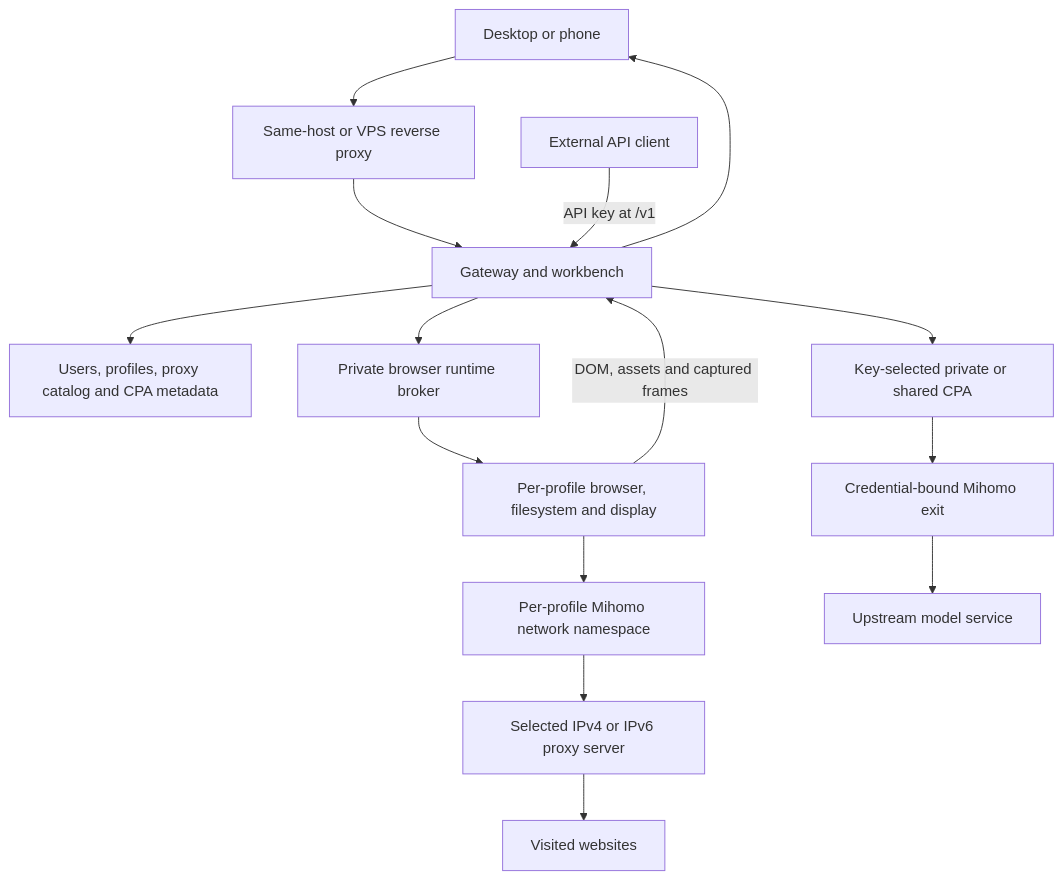
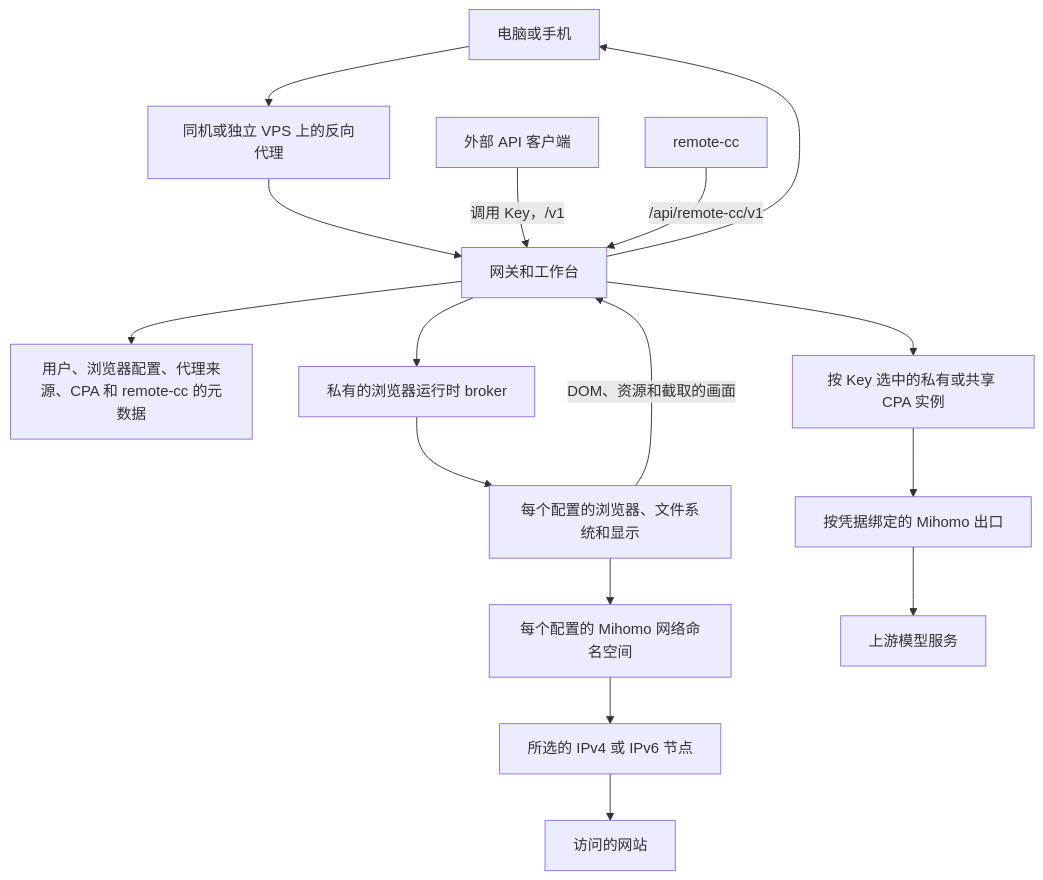
One commit to NotDesigned/remote-claude-browser changed the first of 2 diagrams in docs/architecture.md. Above: the diagram before and after it, drawn with Mermaid. The commit also changed other lines of this file and 27 other files, not shown here.

````diff
--- a/docs/architecture.md
+++ b/docs/architecture.md
@@ -9,17 +9,18 @@
 ```mermaid
 flowchart TB
-  Device[Desktop or phone] --> Entry[Same-host or VPS reverse proxy]
-  Entry --> Gateway[Gateway and workbench]
-  Gateway --> Store[Users, profiles, proxy catalog and CPA metadata]
-  Gateway --> Broker[Private browser runtime broker]
-  Broker --> Browser[Per-profile browser, filesystem and display]
-  Browser --> Exit[Per-profile Mihomo network namespace]
-  Exit --> Node[Selected IPv4 or IPv6 proxy server]
-  Node --> Site[Visited websites]
-  Browser -->|DOM, assets and captured frames| Gateway
+  Device[电脑或手机] --> Entry[同机或独立 VPS 上的反向代理]
+  Entry --> Gateway[网关和工作台]
+  Gateway --> Store[用户、浏览器配置、代理来源、CPA 和 remote-cc 的元数据]
+  Gateway --> Broker[私有的浏览器运行时 broker]
+  Broker --> Browser[每个配置的浏览器、文件系统和显示]
+  Browser --> Exit[每个配置的 Mihomo 网络命名空间]
+  Exit --> Node[所选的 IPv4 或 IPv6 节点]
+  Node --> Site[访问的网站]
+  Browser -->|DOM、资源和截取的画面| Gateway
   Gateway --> Device
-  Client[External API client] -->|API key at /v1| Gateway
-  Gateway --> CPA[Key-selected private or shared CPA]
-  CPA --> Credential[Credential-bound Mihomo exit]
-  Credential --> Upstream[Upstream model service]
+  Client[外部 API 客户端] -->|调用 Key，/v1| Gateway
+  Gateway --> CPA[按 Key 选中的私有或共享 CPA 实例]
+  CPA --> Credential[按凭据绑定的 Mihomo 出口]
+  Credential --> Upstream[上游模型服务]
+  RCC[remote-cc] -->|/api/remote-cc/v1| Gateway
 ```
````
